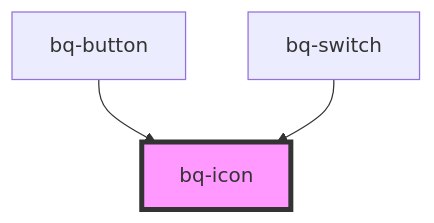
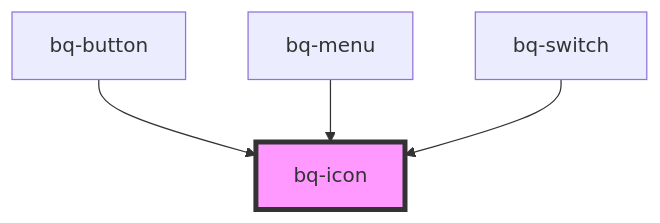
Before and after one commit to Endava/BEEQ: the diagram in packages/bee-q/src/components/icon/readme.md, drawn with Mermaid. The commit also changed other lines of this file and 6 other files, not shown here.

````diff
--- a/packages/bee-q/src/components/icon/readme.md
+++ b/packages/bee-q/src/components/icon/readme.md
@@ -43,6 +44,7 @@
 ```mermaid
 graph TD;
   bq-button --> bq-icon
+  bq-menu --> bq-icon
   bq-switch --> bq-icon
   style bq-icon fill:#f9f,stroke:#333,stroke-width:4px
 ```
````
